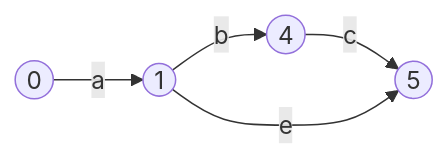
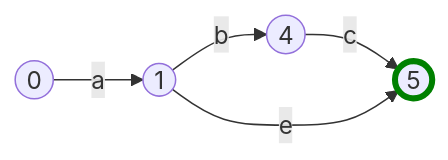
One commit to LeweyM/LeweyM.github.io changed the fifth of 6 diagrams in personal-site/content/series/making regex from scratch in GO/11-Reducing-Epsilon-NFA-to-NFA.md. Above: the diagram before and after it, drawn with Mermaid. The commit also changed other lines of this file, not shown here.

````diff
--- a/personal-site/content/series/making regex from scratch in GO/11-Reducing-Epsilon-NFA-to-NFA.md
+++ b/personal-site/content/series/making regex from scratch in GO/11-Reducing-Epsilon-NFA-to-NFA.md
@@ -475,13 +490,13 @@
 ```mermaid
 graph LR
 
 0((0)) --"a"--> 1((1))
 
 4((4)) --"c"--> 5((5))
 
 1((1)) --"e"--> 5((5))
 
 1((1)) --"b"--> 4((4))
 
-
+style 5 stroke:green,stroke-width:4px;
 ```
````
